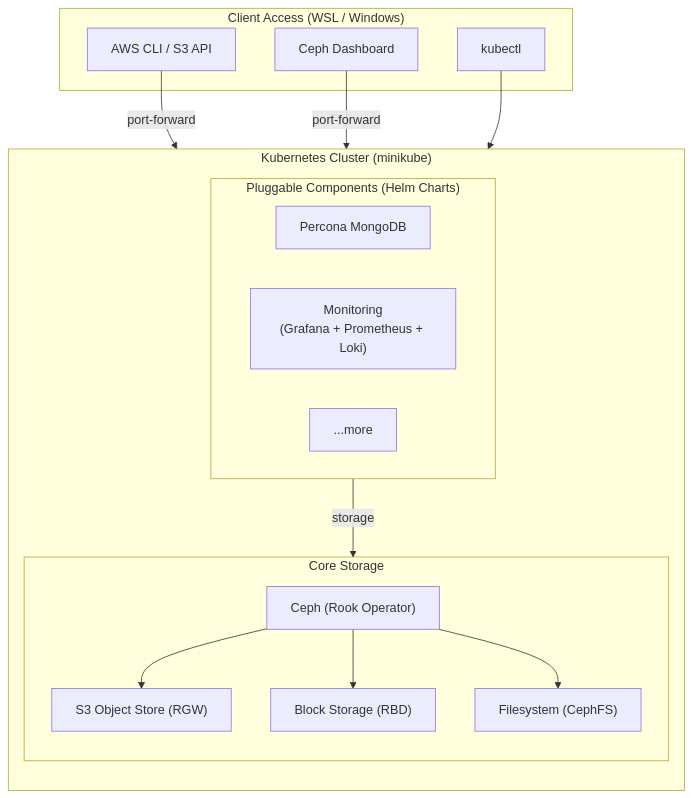
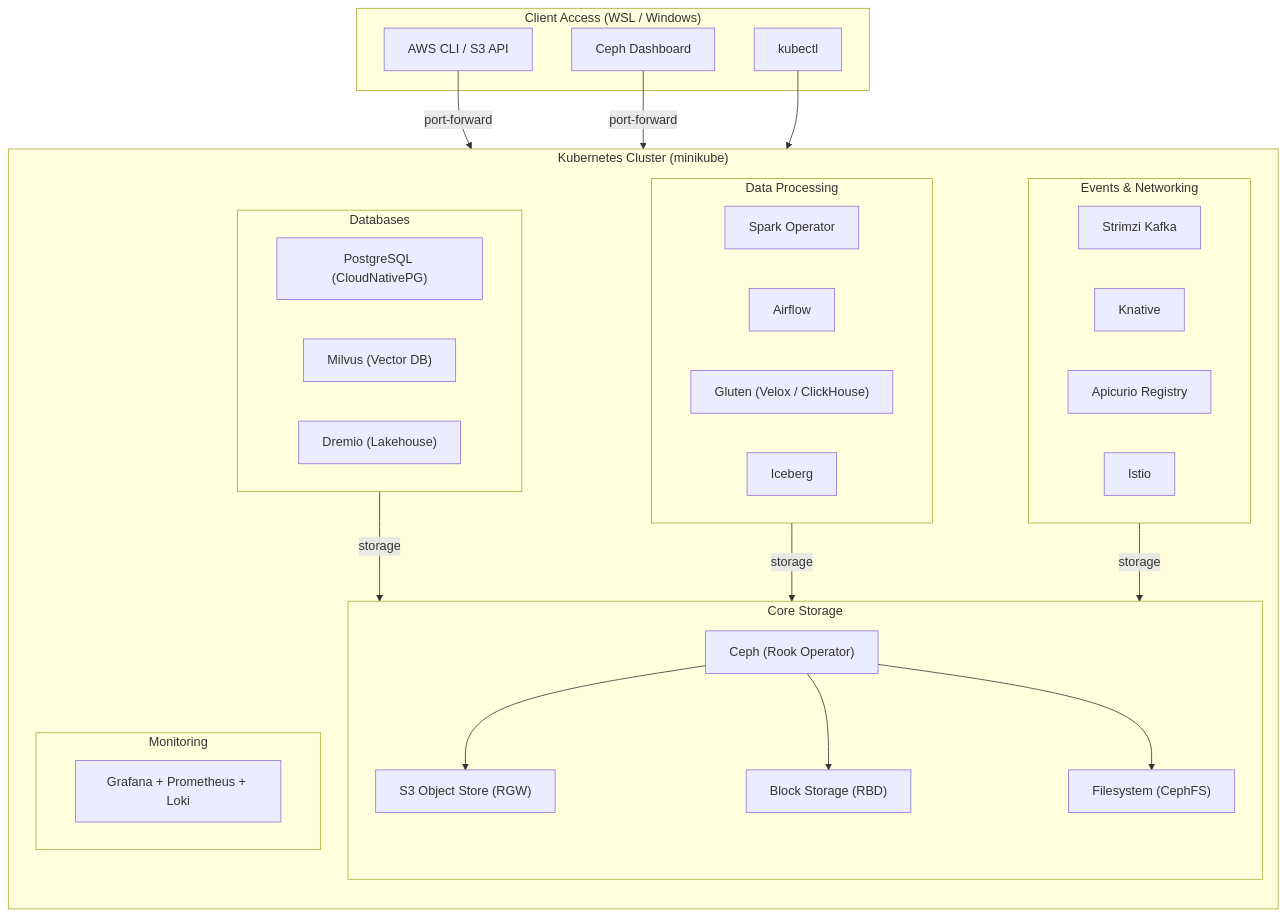
Before and after one commit to rammi-dev/data-k8s-playground: the diagram in README.md, drawn with Mermaid. The commit also changed other lines of this file, not shown here.

````diff
--- a/README.md
+++ b/README.md
@@ -5,32 +5,52 @@
 ```mermaid
 flowchart TB
     subgraph Infra["Kubernetes Cluster (minikube)"]
         direction TB
 
         subgraph Core["Core Storage"]
             Ceph["Ceph (Rook Operator)"]
             S3["S3 Object Store (RGW)"]
             Block["Block Storage (RBD)"]
             FS["Filesystem (CephFS)"]
             Ceph --> S3 & Block & FS
         end
 
-        subgraph Pluggable["Pluggable Components (Helm Charts)"]
-            Mongo["Percona MongoDB"]
-            Mon["Monitoring\n(Grafana + Prometheus + Loki)"]
-            Future["...more"]
+        subgraph Databases["Databases"]
+            PG["PostgreSQL (CloudNativePG)"]
+            Milvus["Milvus (Vector DB)"]
+            Dremio["Dremio (Lakehouse)"]
         end
 
-        Pluggable -->|"storage"| Core
+        subgraph DataProc["Data Processing"]
+            Spark["Spark Operator"]
+            Airflow["Airflow"]
+            Gluten["Gluten (Velox / ClickHouse)"]
+            Iceberg["Iceberg"]
+        end
+
+        subgraph Events["Events & Networking"]
+            Kafka["Strimzi Kafka"]
+            Knative["Knative"]
+            Apicurio["Apicurio Registry"]
+            Istio["Istio"]
+        end
+
+        subgraph Mon["Monitoring"]
+            Grafana["Grafana + Prometheus + Loki"]
+        end
+
+        Databases -->|"storage"| Core
+        DataProc -->|"storage"| Core
+        Events -->|"storage"| Core
     end
 
     subgraph Clients["Client Access (WSL / Windows)"]
         AWS["AWS CLI / S3 API"]
         Kubectl["kubectl"]
         Dashboard["Ceph Dashboard"]
     end
 
     AWS -->|port-forward| S3
     Kubectl --> Infra
     Dashboard -->|port-forward| Ceph
 ```
````
